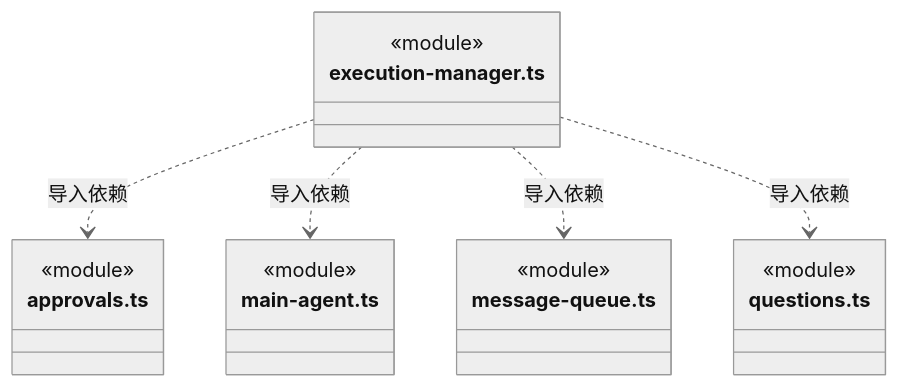
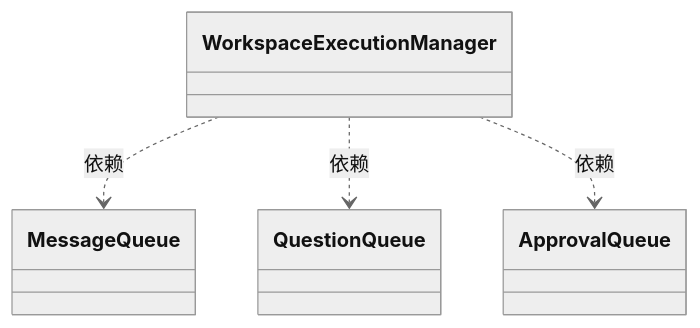
One commit to nan023062/cbim changed the diagram in src/logic/conversation/runtime/ARCHITECTURE.md. Above: the diagram before and after it, drawn with Mermaid (neutral theme). The commit also changed other lines of this file and 158 other files, not shown here.

Commit message:
docs: model architecture through nested virtual encapsulations

````diff
--- a/src/logic/conversation/runtime/ARCHITECTURE.md
+++ b/src/logic/conversation/runtime/ARCHITECTURE.md
@@ -560,22 +22,14 @@
 ```mermaid
 classDiagram
-class N_src_logic_conversation_runtime_execution_manager_ts["execution-manager.ts"] {
-  <<module>>
-}
-class N_src_logic_conversation_runtime_approvals_ts["approvals.ts"] {
-  <<module>>
-}
-class N_src_logic_conversation_runtime_main_agent_ts["main-agent.ts"] {
-  <<module>>
-}
-class N_src_logic_conversation_runtime_message_queue_ts["message-queue.ts"] {
-  <<module>>
-}
-class N_src_logic_conversation_runtime_questions_ts["questions.ts"] {
-  <<module>>
-}
-N_src_logic_conversation_runtime_execution_manager_ts ..> N_src_logic_conversation_runtime_approvals_ts : 导入依赖
-N_src_logic_conversation_runtime_execution_manager_ts ..> N_src_logic_conversation_runtime_main_agent_ts : 导入依赖
-N_src_logic_conversation_runtime_execution_manager_ts ..> N_src_logic_conversation_runtime_message_queue_ts : 导入依赖
-N_src_logic_conversation_runtime_execution_manager_ts ..> N_src_logic_conversation_runtime_questions_ts : 导入依赖
+class N_6762d81e6aaa["WorkspaceExecutionManager"]
+click N_6762d81e6aaa href "execution-manager.ts"
+class N_13c29266c145["MessageQueue"]
+click N_13c29266c145 href "message-queue.ts"
+class N_949c2d8edde5["QuestionQueue"]
+click N_949c2d8edde5 href "questions.ts"
+class N_50d3bd28ff37["ApprovalQueue"]
+click N_50d3bd28ff37 href "approvals.ts"
+N_6762d81e6aaa ..> N_13c29266c145 : 依赖
+N_6762d81e6aaa ..> N_949c2d8edde5 : 依赖
+N_6762d81e6aaa ..> N_50d3bd28ff37 : 依赖
 ```
````
